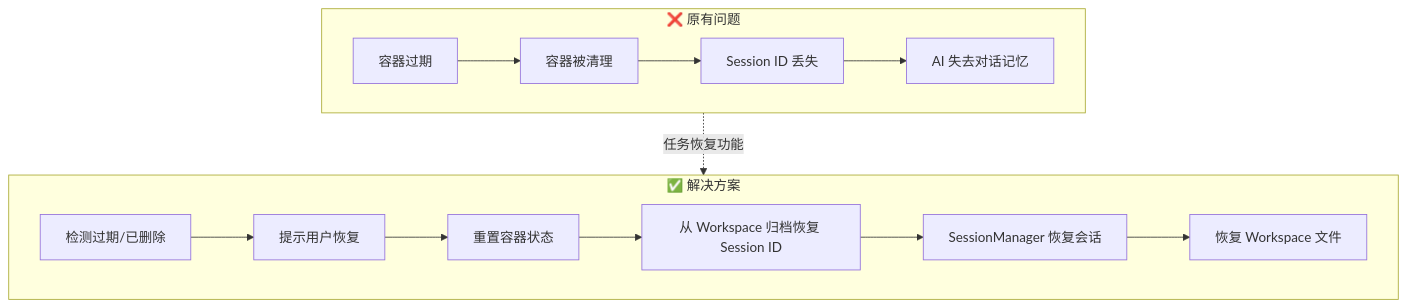
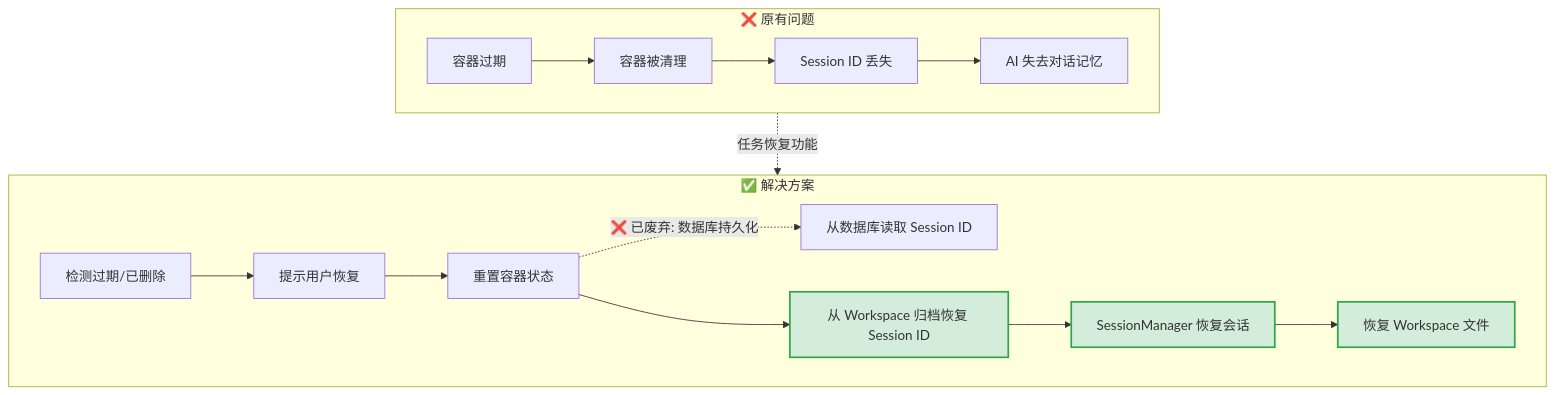
The first of 9 diagrams in docs/zh/features/task-restore.md (wecode-ai/Wegent), drawn with Mermaid before and after one commit. The commit also changed other lines of this file, not shown here.

First line of the commit message:
docs(zh): update task restore documentation to reflect database session ID persistence removal

````diff
--- a/docs/zh/features/task-restore.md
+++ b/docs/zh/features/task-restore.md
@@ -23,18 +25,21 @@
 ```mermaid
 flowchart TB
     subgraph 问题["❌ 原有问题"]
         A[容器过期] --> B[容器被清理]
         B --> C[Session ID 丢失]
         C --> D[AI 失去对话记忆]
     end
 
     subgraph 方案["✅ 解决方案"]
         E[检测过期/已删除] --> F[提示用户恢复]
         F --> G[重置容器状态]
-        G --> H[从 Workspace 归档恢复 Session ID]
-        H --> I[SessionManager 恢复会话]
-        I --> J[恢复 Workspace 文件]
+        G -.->|❌ 已废弃: 数据库持久化| H[从数据库读取 Session ID]
+        G --> H2[从 Workspace 归档恢复 Session ID]:::current
+        H2 --> I[SessionManager 恢复会话]:::current
+        I --> J[恢复 Workspace 文件]:::current
     end
 
     问题 -.->|任务恢复功能| 方案
+
+    classDef current fill:#d4edda,stroke:#28a745,stroke-width:2px
 ```
````
